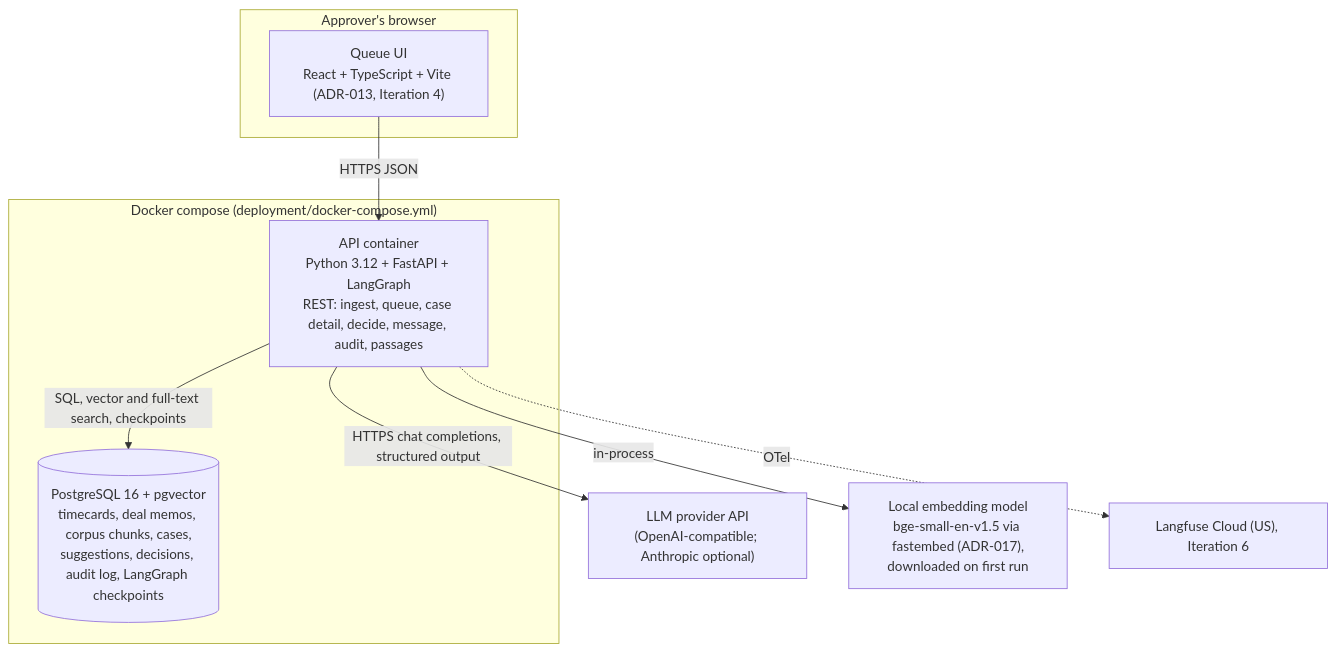
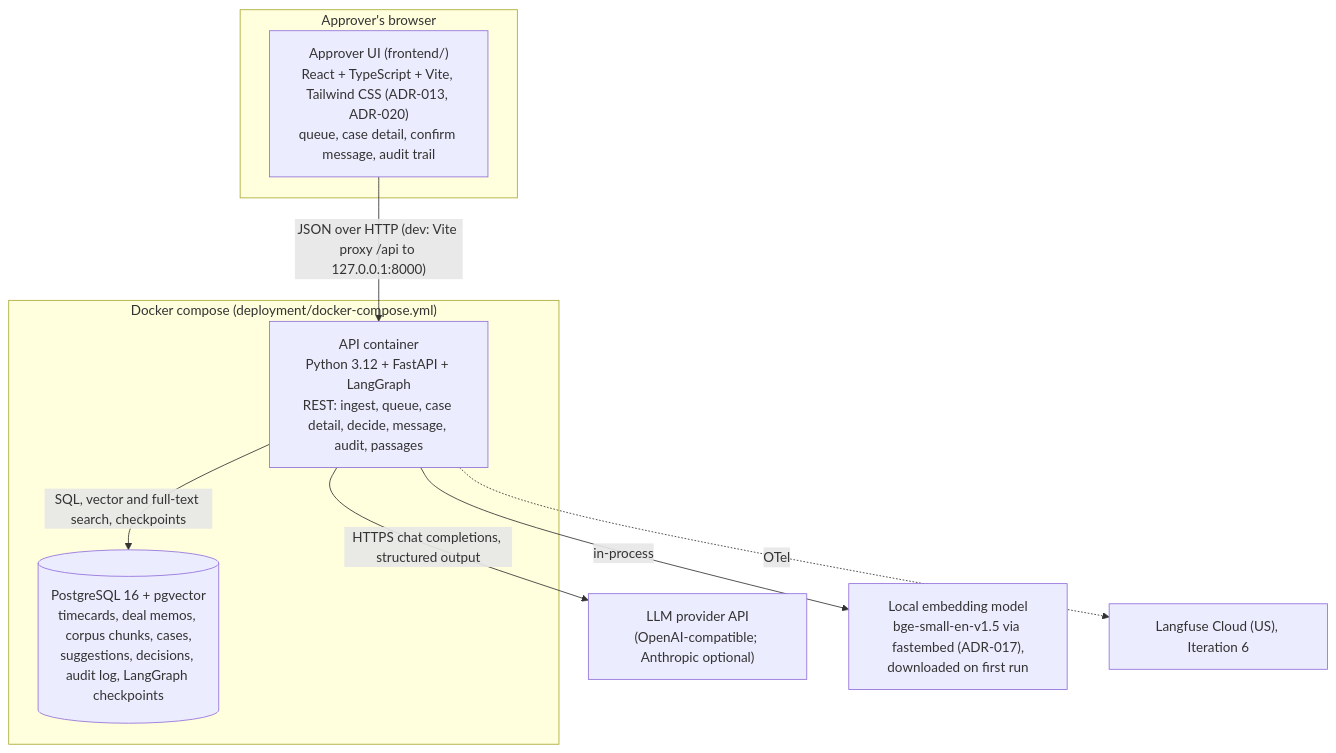
The second of 5 diagrams in docs/architecture/overview.md (Roygrh/payroll-exception-triage-copilot), drawn with Mermaid before and after one commit. The commit also changed other lines of this file and 42 other files, not shown here.

First line of the commit message:
Add approver UI: queue, case detail, message confirmation, audit trail

````diff
--- a/docs/architecture/overview.md
+++ b/docs/architecture/overview.md
@@ -27,21 +27,21 @@
 ```mermaid
 flowchart TB
     subgraph browser["Approver's browser"]
-        ui["Queue UI<br/>React + TypeScript + Vite (ADR-013, Iteration 4)"]
+        ui["Approver UI (frontend/)<br/>React + TypeScript + Vite, Tailwind CSS (ADR-013, ADR-020)<br/>queue, case detail, confirm message, audit trail"]
     end
 
     subgraph compose["Docker compose (deployment/docker-compose.yml)"]
         api["API container<br/>Python 3.12 + FastAPI + LangGraph<br/>REST: ingest, queue, case detail, decide, message, audit, passages"]
         db[("PostgreSQL 16 + pgvector<br/>timecards, deal memos, corpus chunks, cases,<br/>suggestions, decisions, audit log, LangGraph checkpoints")]
     end
 
     llm["LLM provider API<br/>(OpenAI-compatible; Anthropic optional)"]
     model["Local embedding model<br/>bge-small-en-v1.5 via fastembed (ADR-017),<br/>downloaded on first run"]
     tracing["Langfuse Cloud (US), Iteration 6"]
 
-    ui -->|"HTTPS JSON"| api
+    ui -->|"JSON over HTTP (dev: Vite proxy /api to 127.0.0.1:8000)"| api
     api -->|"SQL, vector and full-text search, checkpoints"| db
     api -->|"HTTPS chat completions, structured output"| llm
     api -->|"in-process"| model
     api -.->|"OTel"| tracing
 ```
````
